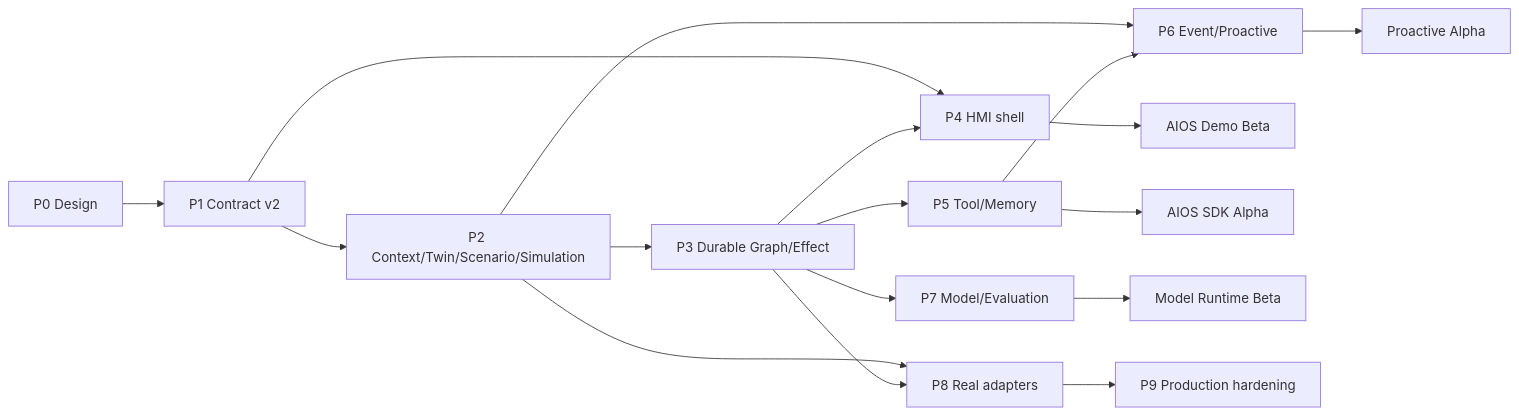
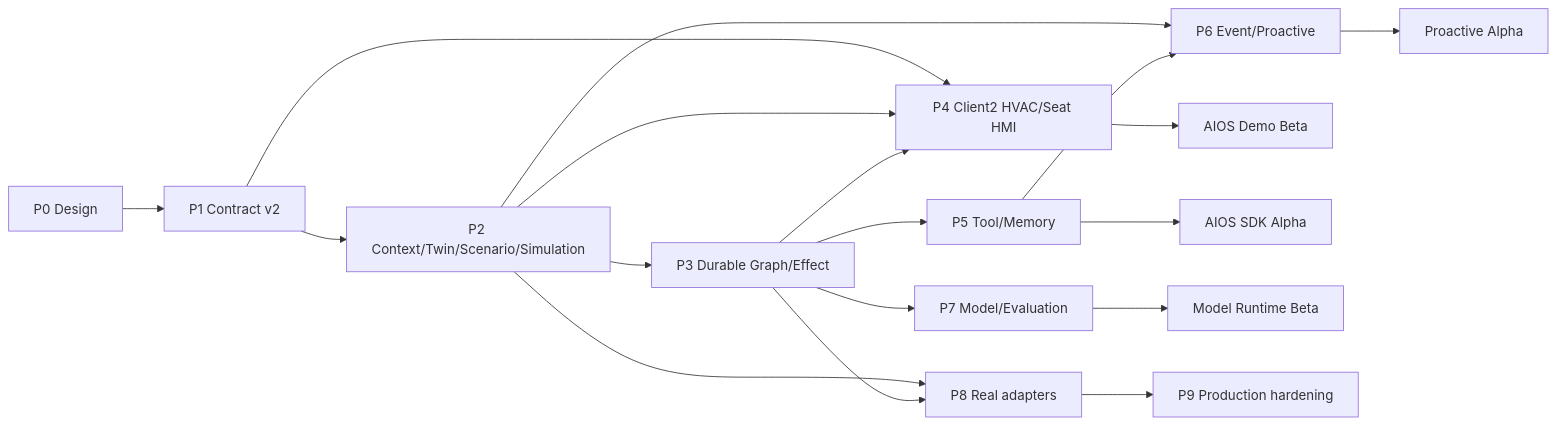
One commit to LucasWEIchen/CougarOS changed the diagram in docs/CENTRAL_BRAIN_AIOS_STAGE2_DEVELOPMENT_BACKLOG.md. Above: the diagram before and after it, drawn with Mermaid. The commit also changed other lines of this file and 15 other files, not shown here.

First line of the commit message:
docs: plan cockpit HVAC and seat control loop

````diff
--- a/docs/CENTRAL_BRAIN_AIOS_STAGE2_DEVELOPMENT_BACKLOG.md
+++ b/docs/CENTRAL_BRAIN_AIOS_STAGE2_DEVELOPMENT_BACKLOG.md
@@ -544,19 +594,20 @@
 ```mermaid
 flowchart LR
     P0["P0 Design"] --> P1["P1 Contract v2"]
     P1 --> P2["P2 Context/Twin/Scenario/Simulation"]
     P2 --> P3["P3 Durable Graph/Effect"]
-    P1 --> P4["P4 HMI shell"]
+    P1 --> P4["P4 Client2 HVAC/Seat HMI"]
+    P2 --> P4
     P3 --> P4
     P3 --> P5["P5 Tool/Memory"]
     P2 --> P6["P6 Event/Proactive"]
     P5 --> P6
     P3 --> P7["P7 Model/Evaluation"]
     P4 --> R1["AIOS Demo Beta"]
     P5 --> R2["AIOS SDK Alpha"]
     P6 --> R3["Proactive Alpha"]
     P7 --> R4["Model Runtime Beta"]
     P2 --> P8["P8 Real adapters"]
     P3 --> P8
     P8 --> P9["P9 Production hardening"]
 ```
````
